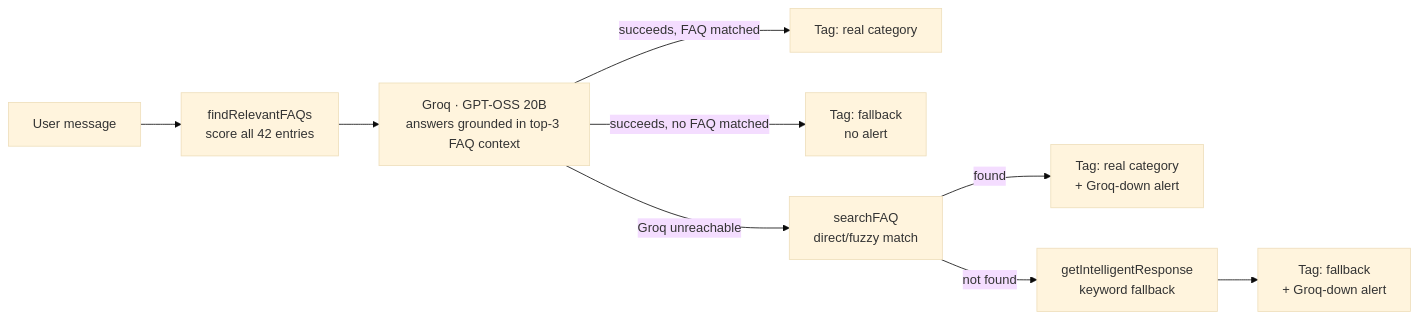
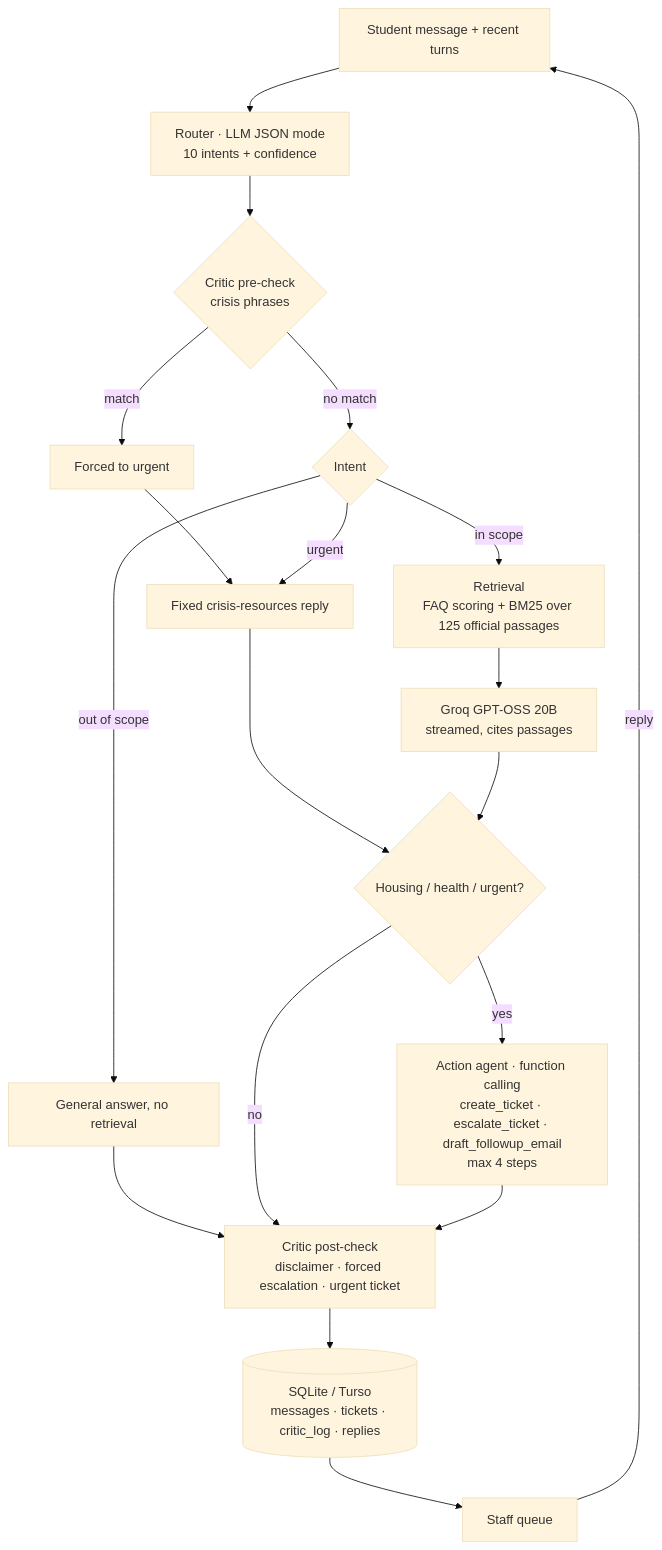
The diagram in README.md (Jivesh2816/OCC-CHATBOT), drawn with Mermaid (base theme) before and after one commit. The commit also changed other lines of this file and 34 other files, not shown here.

````diff
--- a/README.md
+++ b/README.md
@@ -23,11 +29,19 @@
 ```mermaid
-flowchart LR
-    U[User message] --> R[findRelevantFAQs\nscore all 42 entries]
-    R --> G[Groq · GPT-OSS 20B\nanswers grounded in top-3 FAQ context]
-    G -->|succeeds, FAQ matched| T1[Tag: real category]
-    G -->|succeeds, no FAQ matched| T2[Tag: fallback\nno alert]
-    G -->|Groq unreachable| S[searchFAQ\ndirect/fuzzy match]
-    S -->|found| T3[Tag: real category\n+ Groq-down alert]
-    S -->|not found| I[getIntelligentResponse\nkeyword fallback]
-    I --> T4[Tag: fallback\n+ Groq-down alert]
+flowchart TD
+    U[Student message + recent turns] --> R[Router · LLM JSON mode<br/>10 intents + confidence]
+    R --> P{Critic pre-check<br/>crisis phrases}
+    P -->|match| X[Forced to urgent]
+    P -->|no match| I{Intent}
+    X --> E[Fixed crisis-resources reply]
+    I -->|urgent| E
+    I -->|out of scope| G1[General answer, no retrieval]
+    I -->|in scope| RT[Retrieval<br/>FAQ scoring + BM25 over 125 official passages]
+    RT --> G2[Groq GPT-OSS 20B<br/>streamed, cites passages]
+    E & G2 --> A{Housing / health / urgent?}
+    G1 --> C
+    A -->|yes| AG[Action agent · function calling<br/>create_ticket · escalate_ticket · draft_followup_email<br/>max 4 steps]
+    A -->|no| C
+    AG --> C[Critic post-check<br/>disclaimer · forced escalation · urgent ticket]
+    C --> DB[(SQLite / Turso<br/>messages · tickets · critic_log · replies)]
+    DB --> S[Staff queue] -->|reply| U
 ```
````
